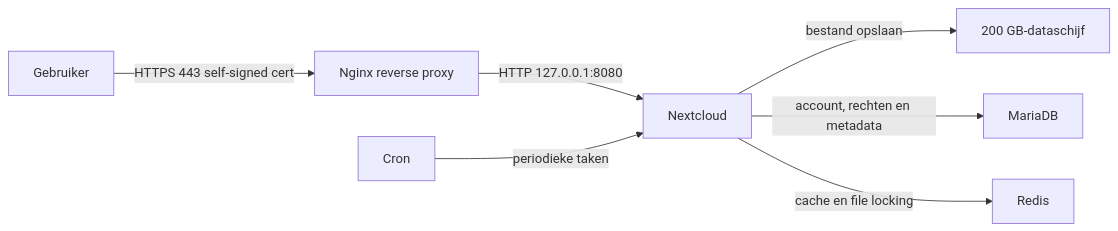
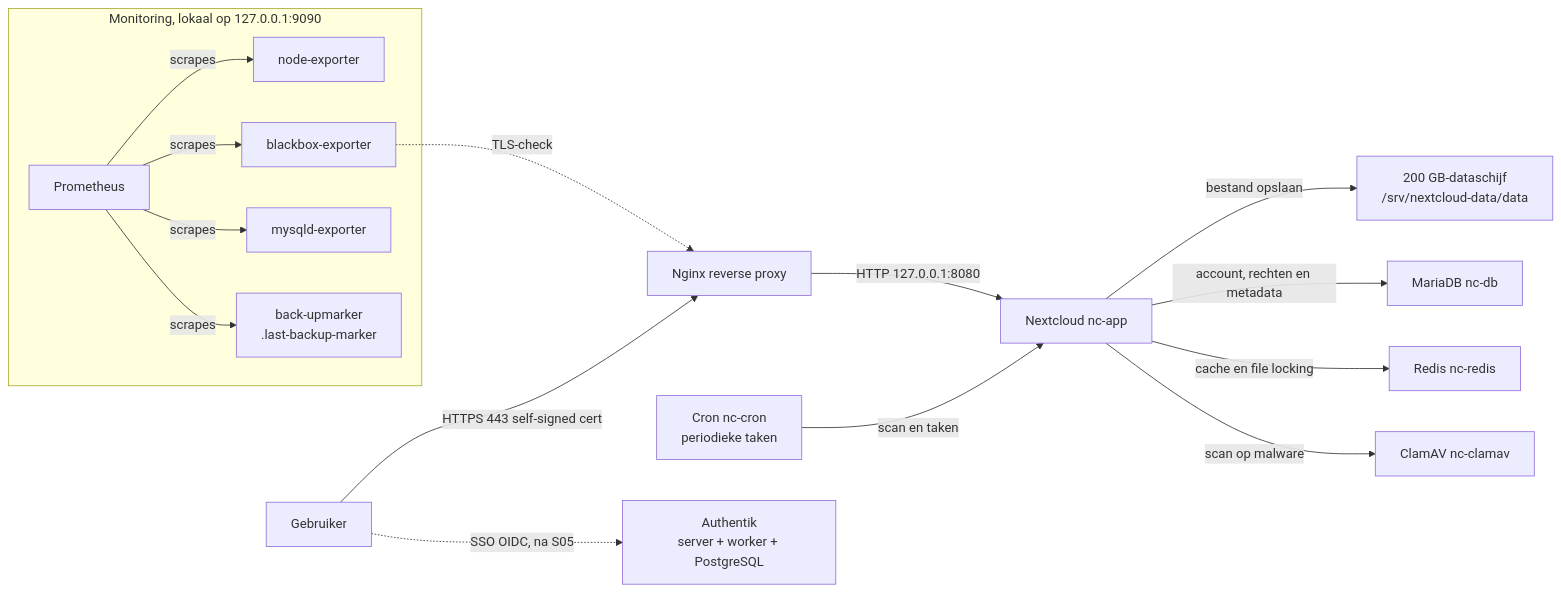
Before and after one commit to Maxime-00/StudentCloud: the first of 2 diagrams in docs/architecture.md, drawn with Mermaid. The commit also changed other lines of this file and 2 other files, not shown here.

````diff
--- a/docs/architecture.md
+++ b/docs/architecture.md
@@ -40,9 +48,19 @@
 ```mermaid
 flowchart LR
     User[Gebruiker] -->|HTTPS 443 self-signed cert| Nginx[Nginx reverse proxy]
-    Nginx -->|HTTP 127.0.0.1:8080| Nextcloud[Nextcloud]
-    Nextcloud -->|bestand opslaan| Files[200 GB-dataschijf]
-    Nextcloud -->|account, rechten en metadata| Database[MariaDB]
-    Nextcloud -->|cache en file locking| Redis[Redis]
-    Cron[Cron] -->|periodieke taken| Nextcloud
+    Nginx -->|HTTP 127.0.0.1:8080| Nextcloud[Nextcloud nc-app]
+    Nextcloud -->|bestand opslaan| Files[200 GB-dataschijf<br/>/srv/nextcloud-data/data]
+    Nextcloud -->|account, rechten en metadata| Database[MariaDB nc-db]
+    Nextcloud -->|cache en file locking| Redis[Redis nc-redis]
+    Cron[Cron nc-cron<br/>periodieke taken] -->|scan en taken| Nextcloud
+    Nextcloud -->|scan op malware| ClamAV[ClamAV nc-clamav]
+    User -.->|SSO OIDC, na S05| Authentik[Authentik<br/>server + worker + PostgreSQL]
+
+    subgraph Monitoring[Monitoring, lokaal op 127.0.0.1:9090]
+        Prometheus[Prometheus] -->|scrapes| NEx[node-exporter]
+        Prometheus -->|scrapes| BBox[blackbox-exporter]
+        Prometheus -->|scrapes| MyEx[mysqld-exporter]
+        Prometheus -->|scrapes| BackupMarker[back-upmarker<br/>.last-backup-marker]
+    end
+    BBox -.->|TLS-check| Nginx
 ```
````
